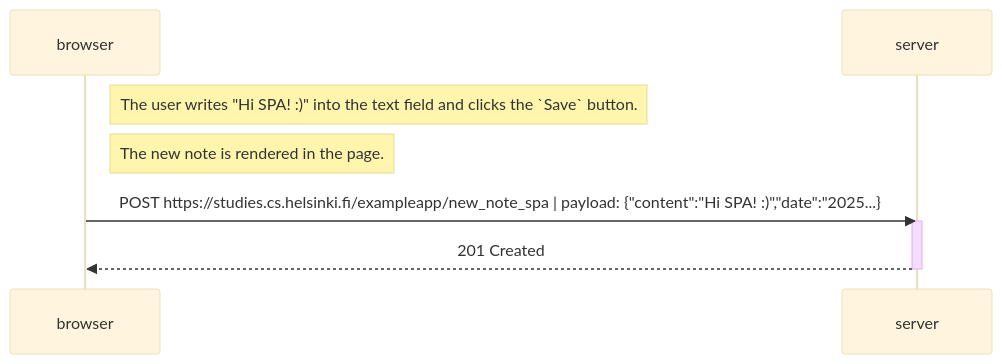
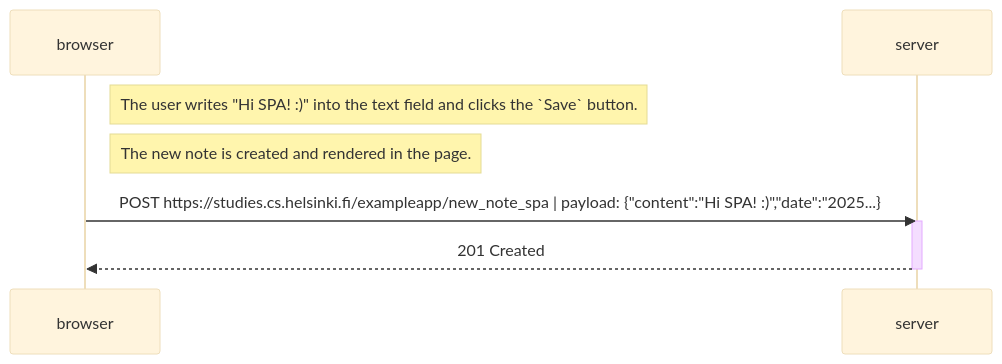
The diagram in part0/exercise06.md (Jvlsc/FullStack-Course), drawn with Mermaid (base theme) before and after one commit. The commit also changed other lines of this file and 1 other file, not shown here.

````diff
--- a/part0/exercise06.md
+++ b/part0/exercise06.md
@@ -41,14 +41,14 @@
 ```mermaid
 sequenceDiagram
     participant browser
     participant server
 
     Note right of browser: The user writes "Hi SPA! :)" into the text field and clicks the `Save` button.
 
-    Note right of browser: The new note is rendered in the page.
+    Note right of browser: The new note is created and rendered in the page.
 
     browser->>server: POST https://studies.cs.helsinki.fi/exampleapp/new_note_spa | payload: {"content":"Hi SPA! :)","date":"2025...}
     activate server
     server-->>browser: 201 Created
     deactivate server
 ```
````
